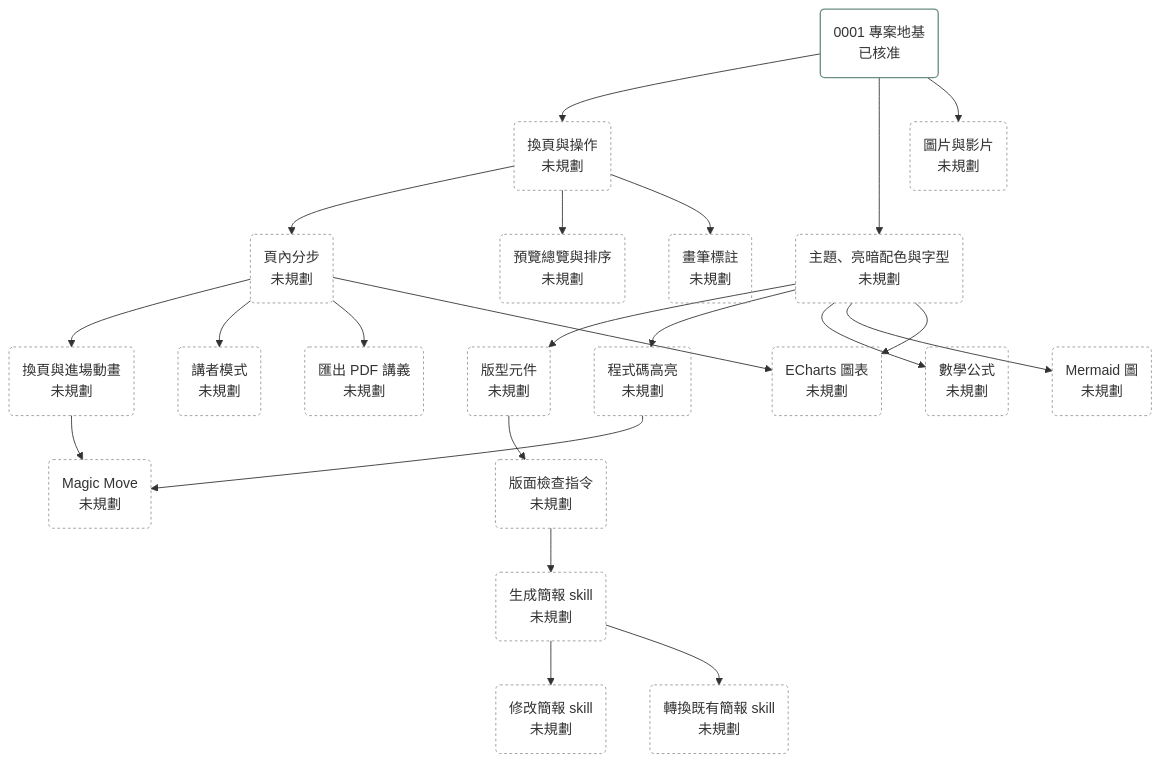
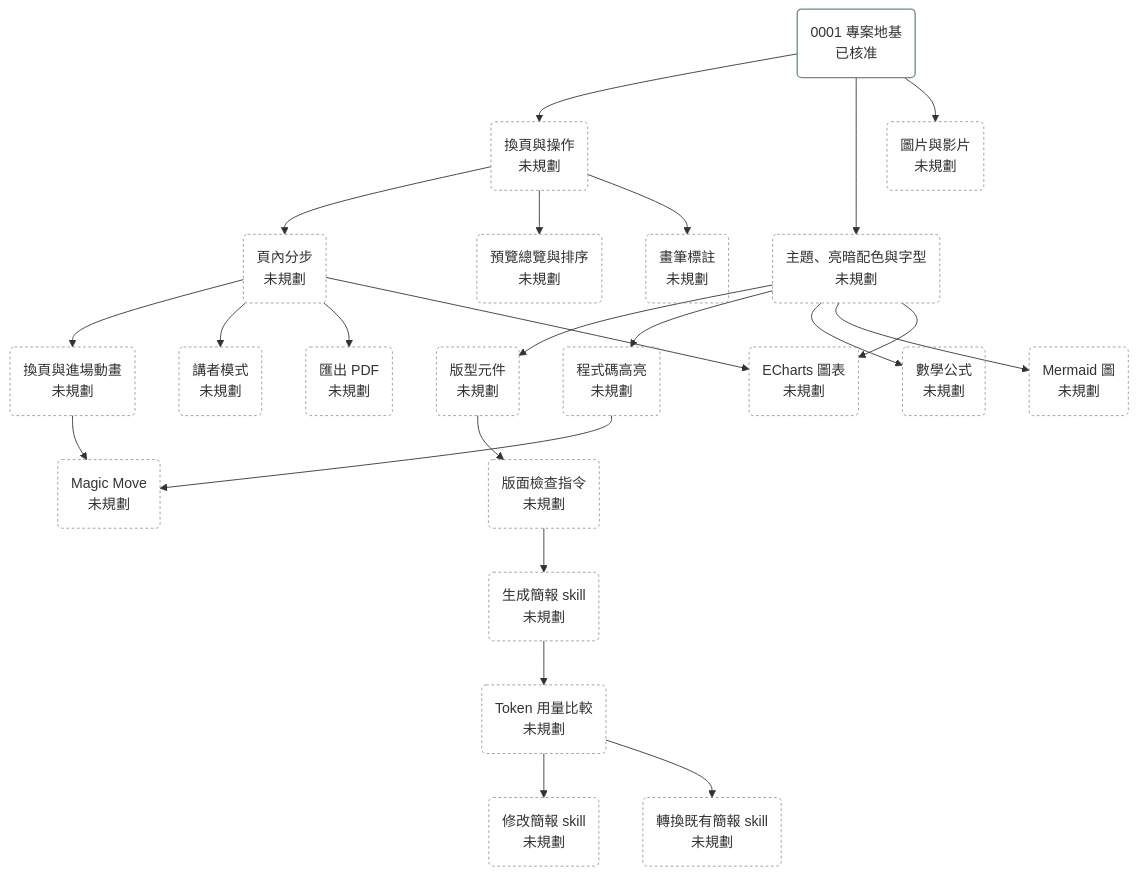
Before and after one commit to bingyangchen/diapo: the diagram in docs/plans/roadmap.md, drawn with Mermaid. The commit also changed other lines of this file and 2 other files, not shown here.

````diff
--- a/docs/plans/roadmap.md
+++ b/docs/plans/roadmap.md
@@ -7,40 +7,41 @@
 ```mermaid
 flowchart TD
   P0001("0001 專案地基<br/>已核准"):::approved
   navigation("換頁與操作<br/>未規劃"):::unplanned
   steps("頁內分步<br/>未規劃"):::unplanned
   transitions("換頁與進場動畫<br/>未規劃"):::unplanned
   magic_move("Magic Move<br/>未規劃"):::unplanned
   overview("預覽總覽與排序<br/>未規劃"):::unplanned
   annotation("畫筆標註<br/>未規劃"):::unplanned
   presenter("講者模式<br/>未規劃"):::unplanned
   theme("主題、亮暗配色與字型<br/>未規劃"):::unplanned
   layouts("版型元件<br/>未規劃"):::unplanned
   media("圖片與影片<br/>未規劃"):::unplanned
   code_highlight("程式碼高亮<br/>未規劃"):::unplanned
   math("數學公式<br/>未規劃"):::unplanned
   mermaid_diagram("Mermaid 圖<br/>未規劃"):::unplanned
   charts("ECharts 圖表<br/>未規劃"):::unplanned
-  pdf_export("匯出 PDF 講義<br/>未規劃"):::unplanned
+  pdf_export("匯出 PDF<br/>未規劃"):::unplanned
   layout_check("版面檢查指令<br/>未規劃"):::unplanned
   skill_generate("生成簡報 skill<br/>未規劃"):::unplanned
+  token_benchmark("Token 用量比較<br/>未規劃"):::unplanned
   skill_modify("修改簡報 skill<br/>未規劃"):::unplanned
   skill_convert("轉換既有簡報 skill<br/>未規劃"):::unplanned
   P0001 --> navigation --> steps --> transitions --> magic_move
   navigation --> overview
   navigation --> annotation
   steps --> presenter
   steps --> pdf_export
   P0001 --> theme --> layouts --> layout_check --> skill_generate
-  skill_generate --> skill_modify
-  skill_generate --> skill_convert
+  skill_generate --> token_benchmark --> skill_modify
+  token_benchmark --> skill_convert
   P0001 --> media
   theme --> code_highlight --> magic_move
   theme --> math
   theme --> mermaid_diagram
   theme --> charts
   steps --> charts
   classDef done fill:#4f7262,stroke:#4f7262,color:#f7f5f0
   classDef approved fill:none,stroke:#6b8f7e,stroke-width:1.5px
   classDef unplanned fill:none,stroke:#9a978f,stroke-dasharray:3 3
 ```
````
